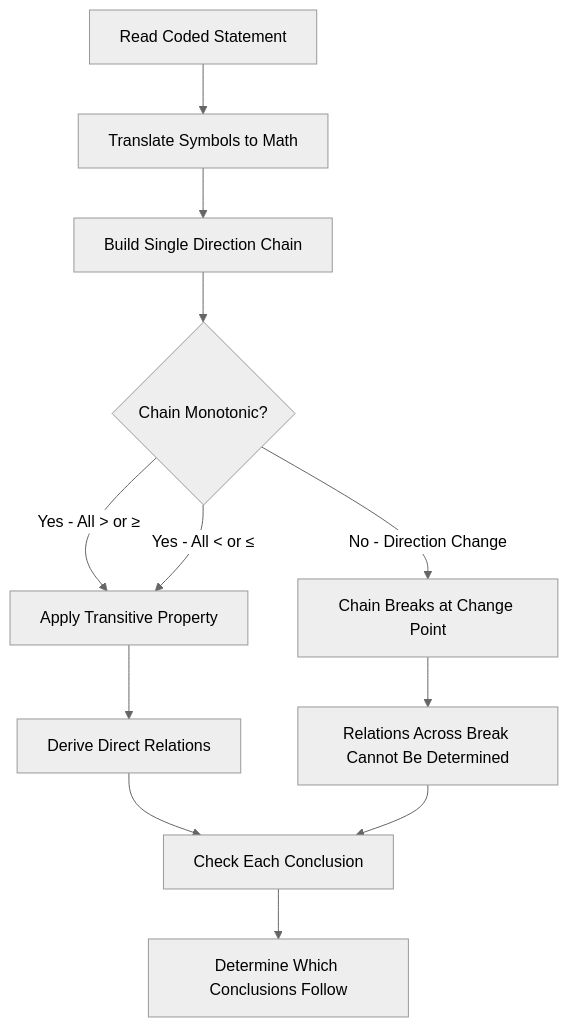
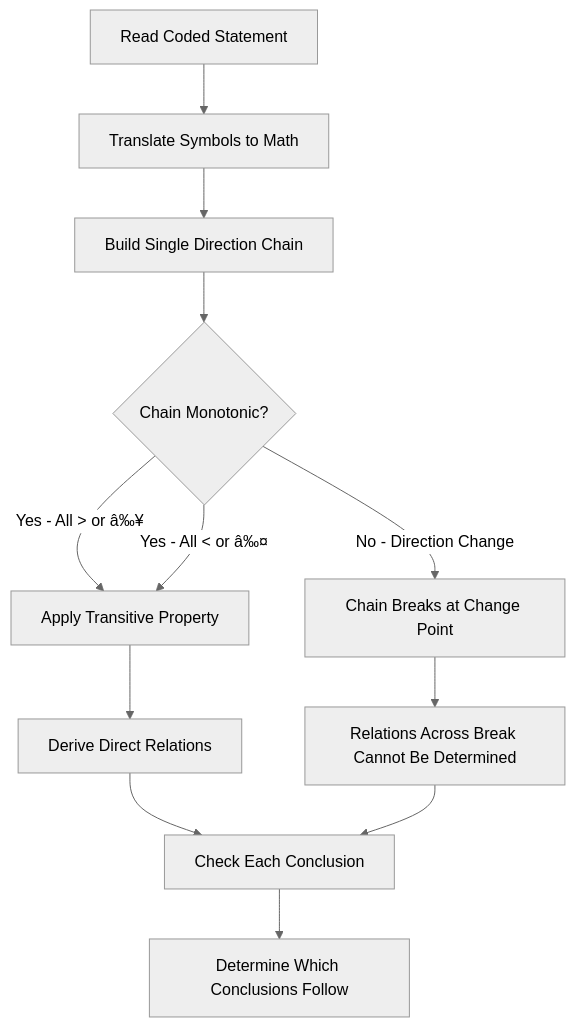
The first of 2 diagrams in docs/courses/reasoning-ability/04-inequalities-data-sufficiency.md (Raushan666java/ai-engineering-journey), drawn with Mermaid (neutral theme) before and after one commit. The commit also changed other lines of this file and 735 other files, not shown here.

````diff
--- a/docs/courses/reasoning-ability/04-inequalities-data-sufficiency.md
+++ b/docs/courses/reasoning-ability/04-inequalities-data-sufficiency.md
@@ -213,14 +213,14 @@
 ```mermaid
 flowchart TD
     A[Read Coded Statement] --> B[Translate Symbols to Math]
     B --> C[Build Single Direction Chain]
     C --> D{Chain Monotonic?}
-    D -->|Yes - All > or ≥| E[Apply Transitive Property]
-    D -->|Yes - All < or ≤| E
+    D -->|Yes - All > or â‰¥| E[Apply Transitive Property]
+    D -->|Yes - All < or â‰¤| E
     D -->|No - Direction Change| F[Chain Breaks at Change Point]
     E --> G[Derive Direct Relations]
     F --> H[Relations Across Break Cannot Be Determined]
     G --> I[Check Each Conclusion]
     H --> I
     I --> J[Determine Which Conclusions Follow]
 ```
````
